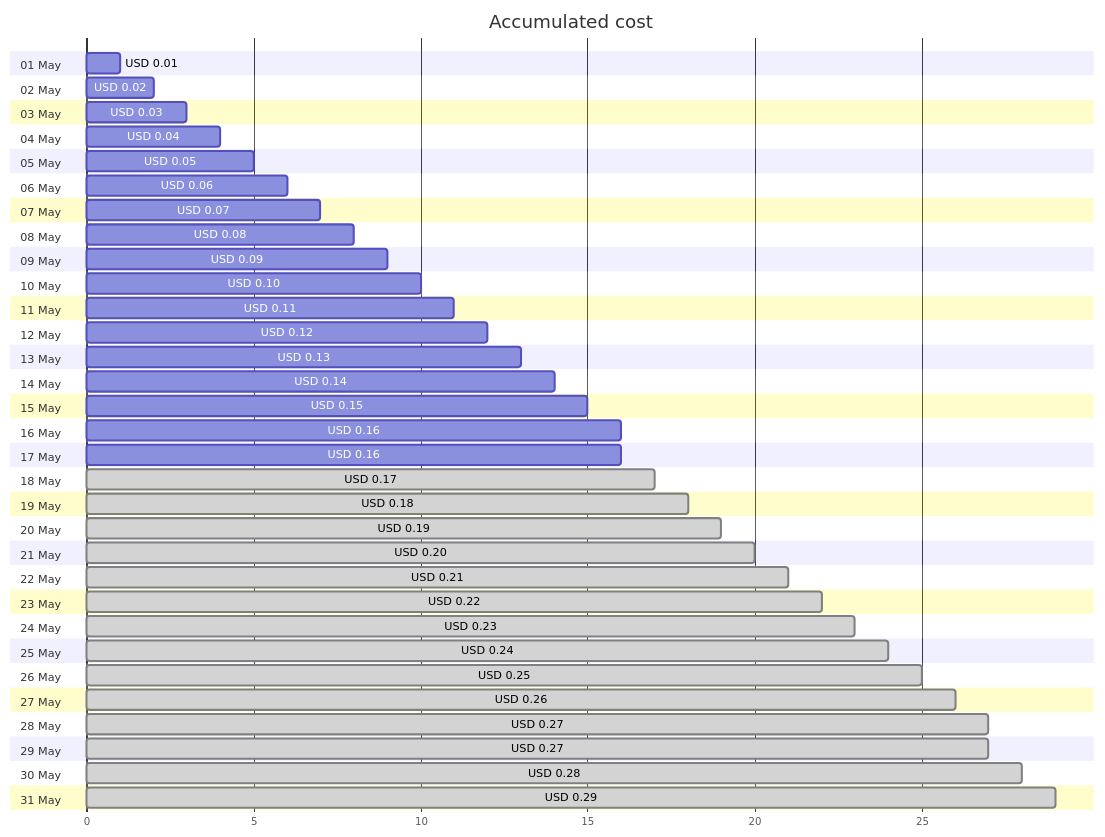
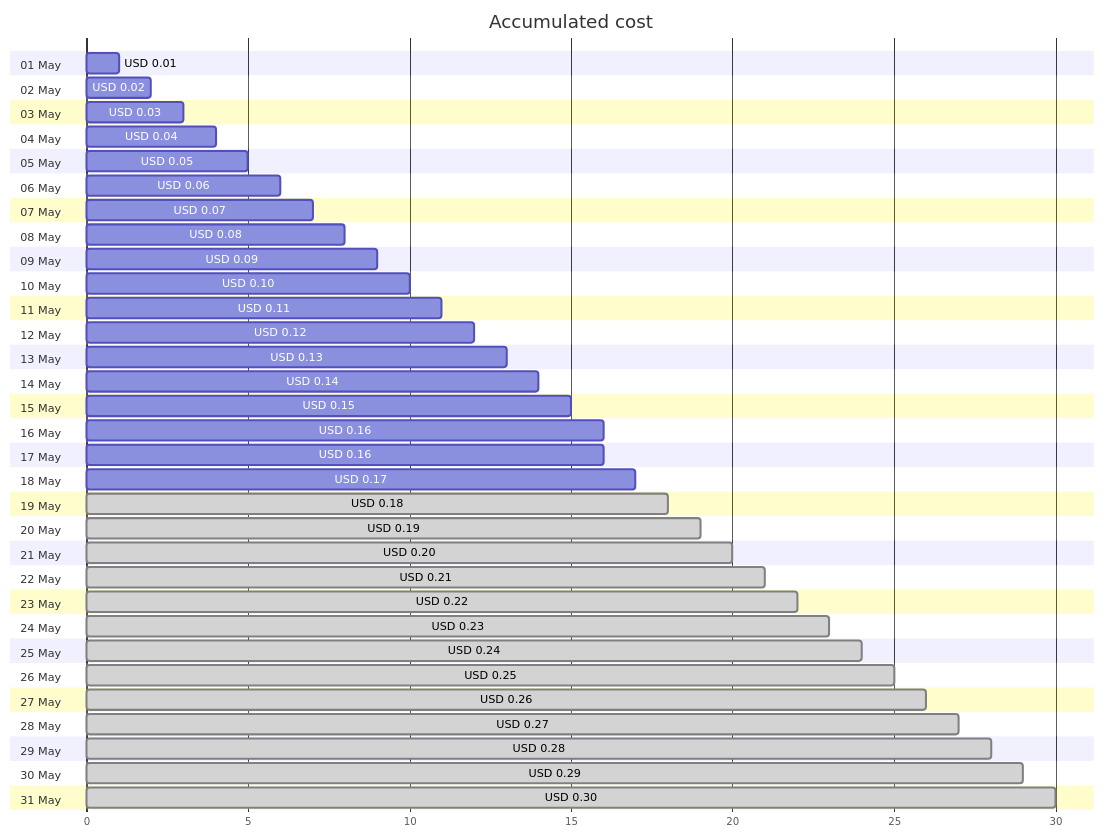
Before and after one commit to jpfulton/azure-personal-reports: the first of 4 diagrams in cost-reports/cloud-shell-storage-eastus/cs2100300008c8d894b.md, drawn with Mermaid. The commit also changed other lines of this file and 1 other file, not shown here.

````diff
--- a/cost-reports/cloud-shell-storage-eastus/cs2100300008c8d894b.md
+++ b/cost-reports/cloud-shell-storage-eastus/cs2100300008c8d894b.md
@@ -20,68 +20,68 @@
 ```mermaid
 gantt
    title Accumulated cost
    dateFormat  X
    axisFormat %s
    section 01 May
    USD 0.01 :0, 1
    section 02 May
    USD 0.02 :0, 2
    section 03 May
    USD 0.03 :0, 3
    section 04 May
    USD 0.04 :0, 4
    section 05 May
    USD 0.05 :0, 5
    section 06 May
    USD 0.06 :0, 6
    section 07 May
    USD 0.07 :0, 7
    section 08 May
    USD 0.08 :0, 8
    section 09 May
    USD 0.09 :0, 9
    section 10 May
    USD 0.10 :0, 10
    section 11 May
    USD 0.11 :0, 11
    section 12 May
    USD 0.12 :0, 12
    section 13 May
    USD 0.13 :0, 13
    section 14 May
    USD 0.14 :0, 14
    section 15 May
    USD 0.15 :0, 15
    section 16 May
    USD 0.16 :0, 16
    section 17 May
    USD 0.16 :0, 16
    section 18 May
-   USD 0.17 : done, 0, 17
+   USD 0.17 :0, 17
    section 19 May
    USD 0.18 : done, 0, 18
    section 20 May
    USD 0.19 : done, 0, 19
    section 21 May
    USD 0.20 : done, 0, 20
    section 22 May
    USD 0.21 : done, 0, 21
    section 23 May
    USD 0.22 : done, 0, 22
    section 24 May
    USD 0.23 : done, 0, 23
    section 25 May
    USD 0.24 : done, 0, 24
    section 26 May
    USD 0.25 : done, 0, 25
    section 27 May
    USD 0.26 : done, 0, 26
    section 28 May
    USD 0.27 : done, 0, 27
    section 29 May
-   USD 0.27 : done, 0, 27
+   USD 0.28 : done, 0, 28
    section 30 May
-   USD 0.28 : done, 0, 28
+   USD 0.29 : done, 0, 29
    section 31 May
-   USD 0.29 : done, 0, 29
+   USD 0.30 : done, 0, 30
 ```
````
